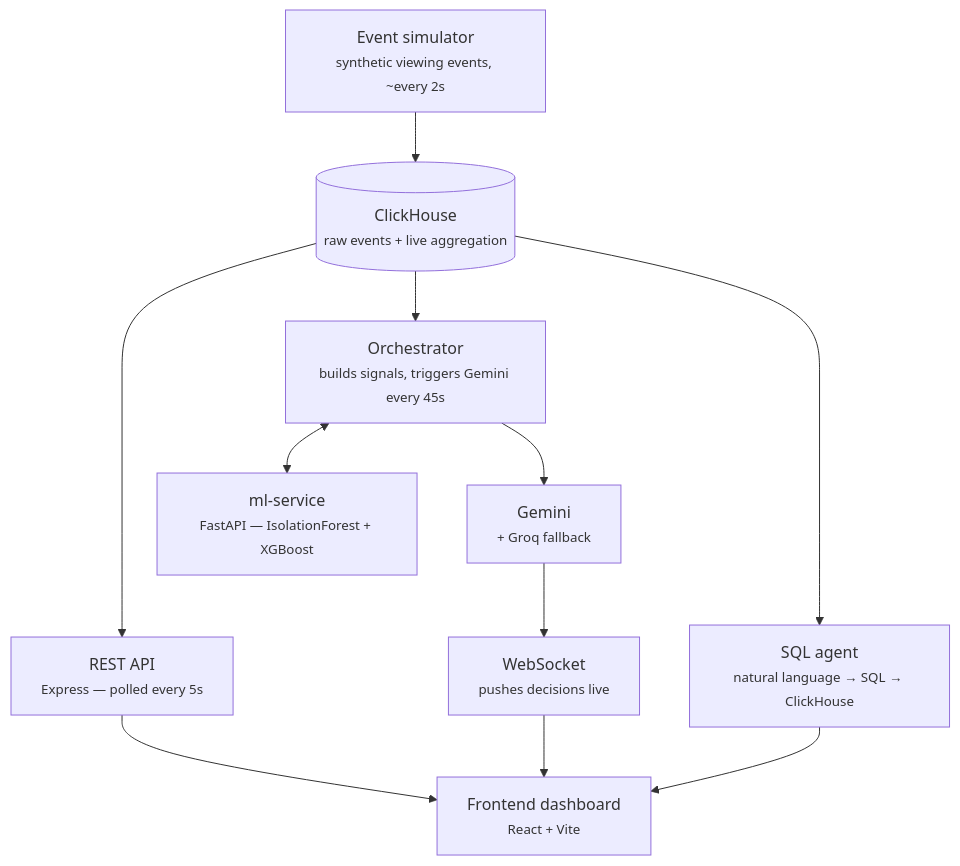
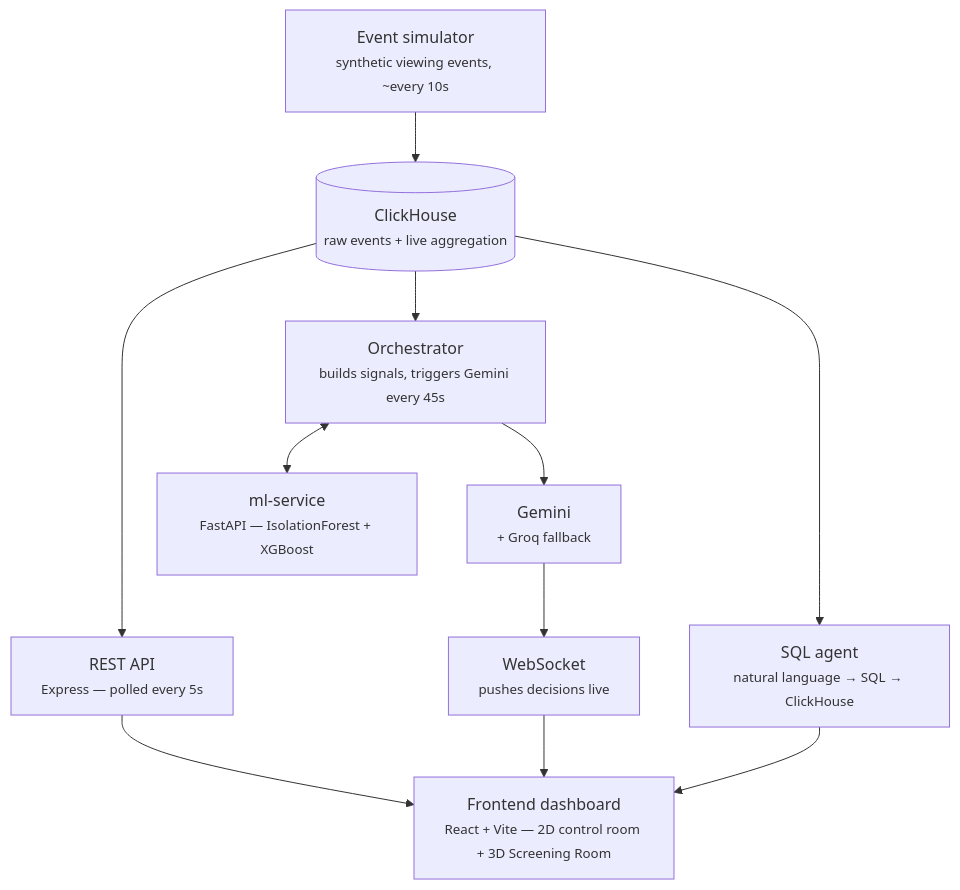
Before and after one commit to femi-cloud/Aurora: the diagram in README.md, drawn with Mermaid. The commit also changed other lines of this file, not shown here.

````diff
--- a/README.md
+++ b/README.md
@@ -37,19 +39,19 @@
 ```mermaid
 flowchart TD
-    SIM["Event simulator<br/><small>synthetic viewing events, ~every 2s</small>"]
+    SIM["Event simulator<br/><small>synthetic viewing events, ~every 10s</small>"]
     CH[("ClickHouse<br/><small>raw events + live aggregation</small>")]
     API["REST API<br/><small>Express — polled every 5s</small>"]
     ORCH["Orchestrator<br/><small>builds signals, triggers Gemini every 45s</small>"]
     SQL["SQL agent<br/><small>natural language → SQL → ClickHouse</small>"]
     ML["ml-service<br/><small>FastAPI — IsolationForest + XGBoost</small>"]
     GEMINI["Gemini<br/><small>+ Groq fallback</small>"]
     WS["WebSocket<br/><small>pushes decisions live</small>"]
-    FE["Frontend dashboard<br/><small>React + Vite</small>"]
+    FE["Frontend dashboard<br/><small>React + Vite — 2D control room + 3D Screening Room</small>"]
 
     SIM --> CH
     CH --> API --> FE
     CH --> ORCH
     ORCH <--> ML
     ORCH --> GEMINI --> WS --> FE
     CH --> SQL --> FE
 ```
````
